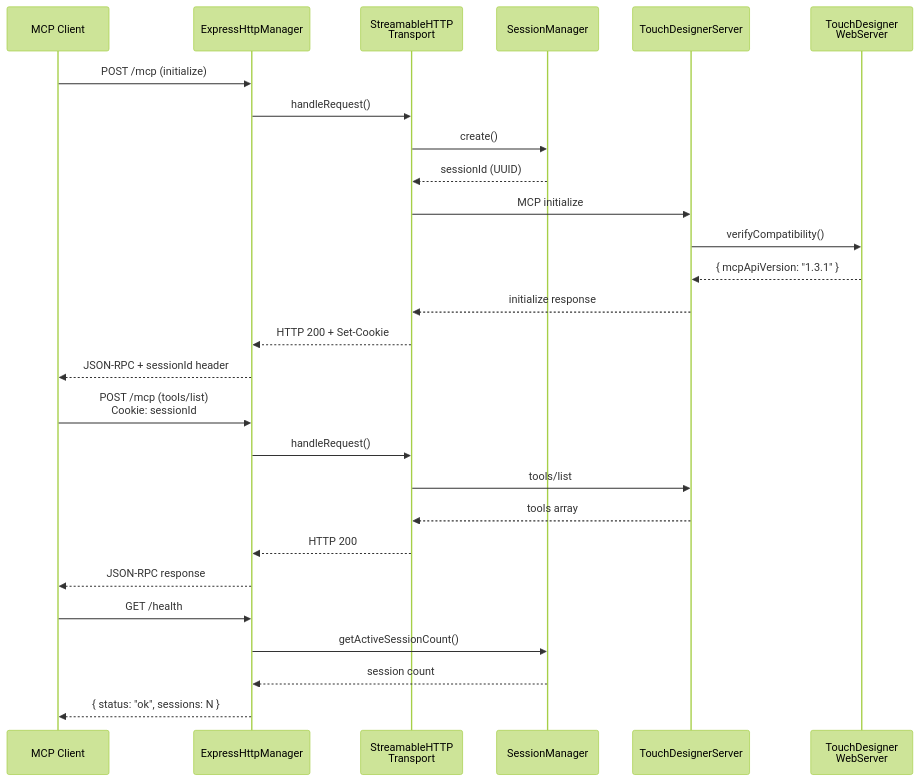
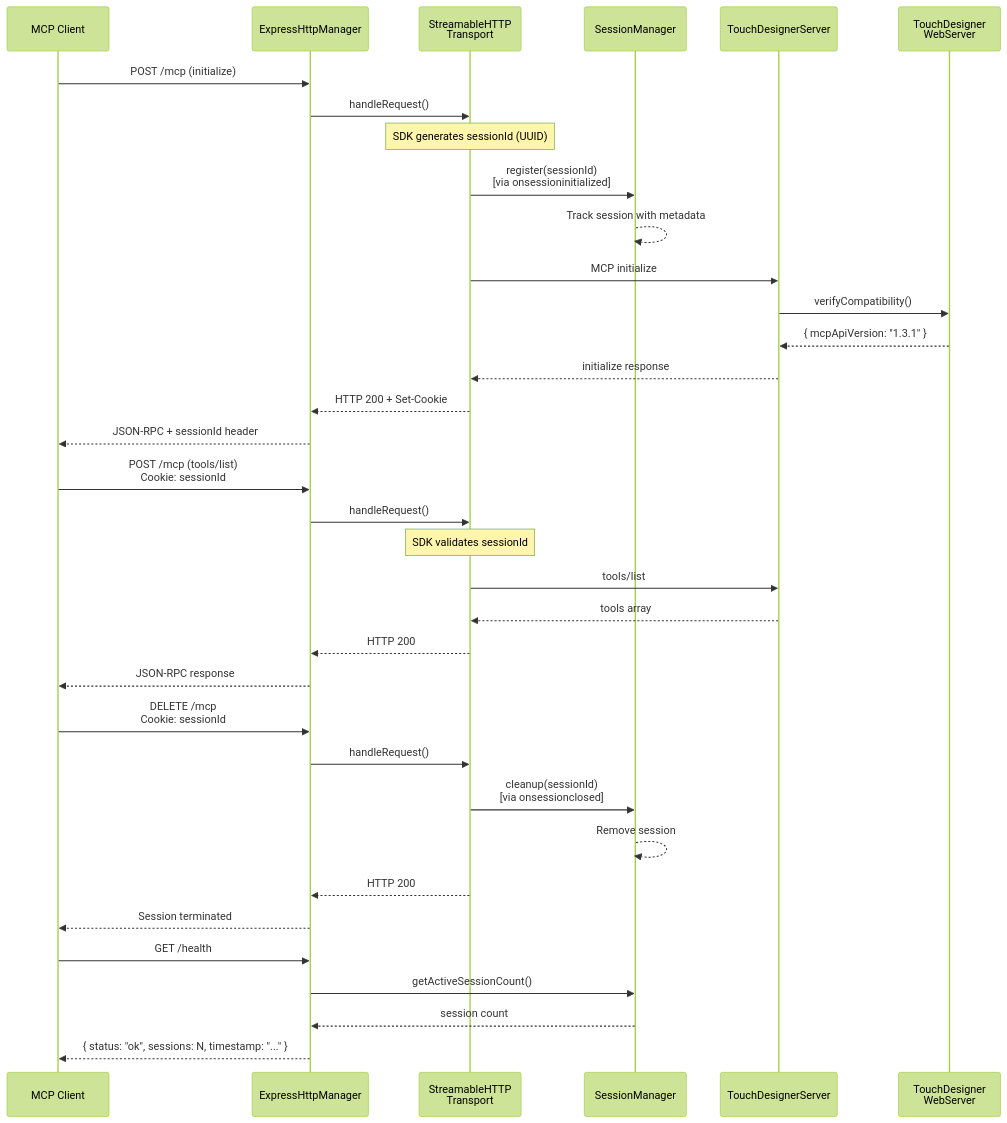
One commit to 8beeeaaat/touchdesigner-mcp changed the fourth of 5 diagrams in docs/architecture.md. Above: the diagram before and after it, drawn with Mermaid (forest theme). The commit also changed other lines of this file and 5 other files, not shown here.

First line of the commit message:
fix: address critical PR review issues for streamable HTTP transport

````diff
--- a/docs/architecture.md
+++ b/docs/architecture.md
@@ -366,32 +385,41 @@
 ```mermaid
 sequenceDiagram
     participant Client as MCP Client
     participant Express as ExpressHttpManager
     participant Transport as StreamableHTTP<br/>Transport
     participant Session as SessionManager
     participant Server as TouchDesignerServer
     participant TD as TouchDesigner<br/>WebServer
 
     Client->>Express: POST /mcp (initialize)
     Express->>Transport: handleRequest()
-    Transport->>Session: create()
-    Session-->>Transport: sessionId (UUID)
+    Note over Transport: SDK generates sessionId (UUID)
+    Transport->>Session: register(sessionId)<br/>[via onsessioninitialized]
+    Session-->>Session: Track session with metadata
     Transport->>Server: MCP initialize
     Server->>TD: verifyCompatibility()
     TD-->>Server: { mcpApiVersion: "1.3.1" }
     Server-->>Transport: initialize response
     Transport-->>Express: HTTP 200 + Set-Cookie
     Express-->>Client: JSON-RPC + sessionId header
 
     Client->>Express: POST /mcp (tools/list)<br/>Cookie: sessionId
     Express->>Transport: handleRequest()
+    Note over Transport: SDK validates sessionId
     Transport->>Server: tools/list
     Server-->>Transport: tools array
     Transport-->>Express: HTTP 200
     Express-->>Client: JSON-RPC response
 
+    Client->>Express: DELETE /mcp<br/>Cookie: sessionId
+    Express->>Transport: handleRequest()
+    Transport->>Session: cleanup(sessionId)<br/>[via onsessionclosed]
+    Session-->>Session: Remove session
+    Transport-->>Express: HTTP 200
+    Express-->>Client: Session terminated
+
     Client->>Express: GET /health
     Express->>Session: getActiveSessionCount()
     Session-->>Express: session count
-    Express-->>Client: { status: "ok", sessions: N }
+    Express-->>Client: { status: "ok", sessions: N, timestamp: "..." }
 ```
````
